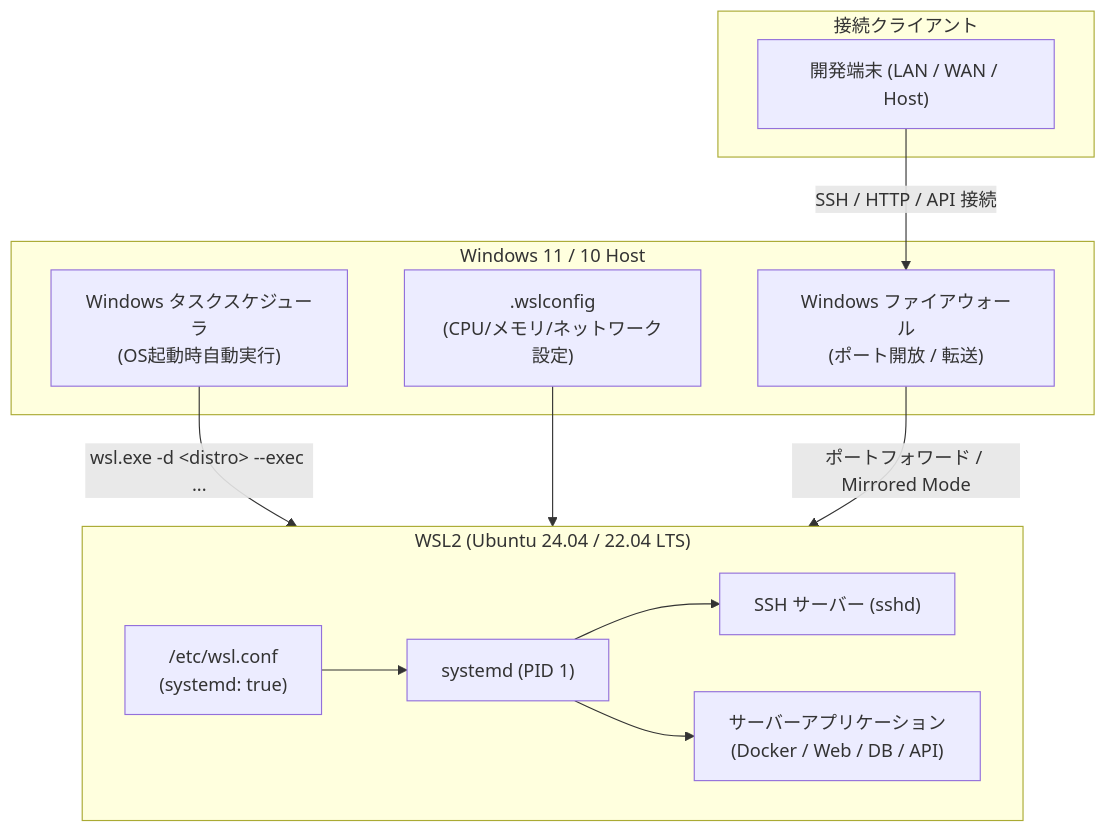
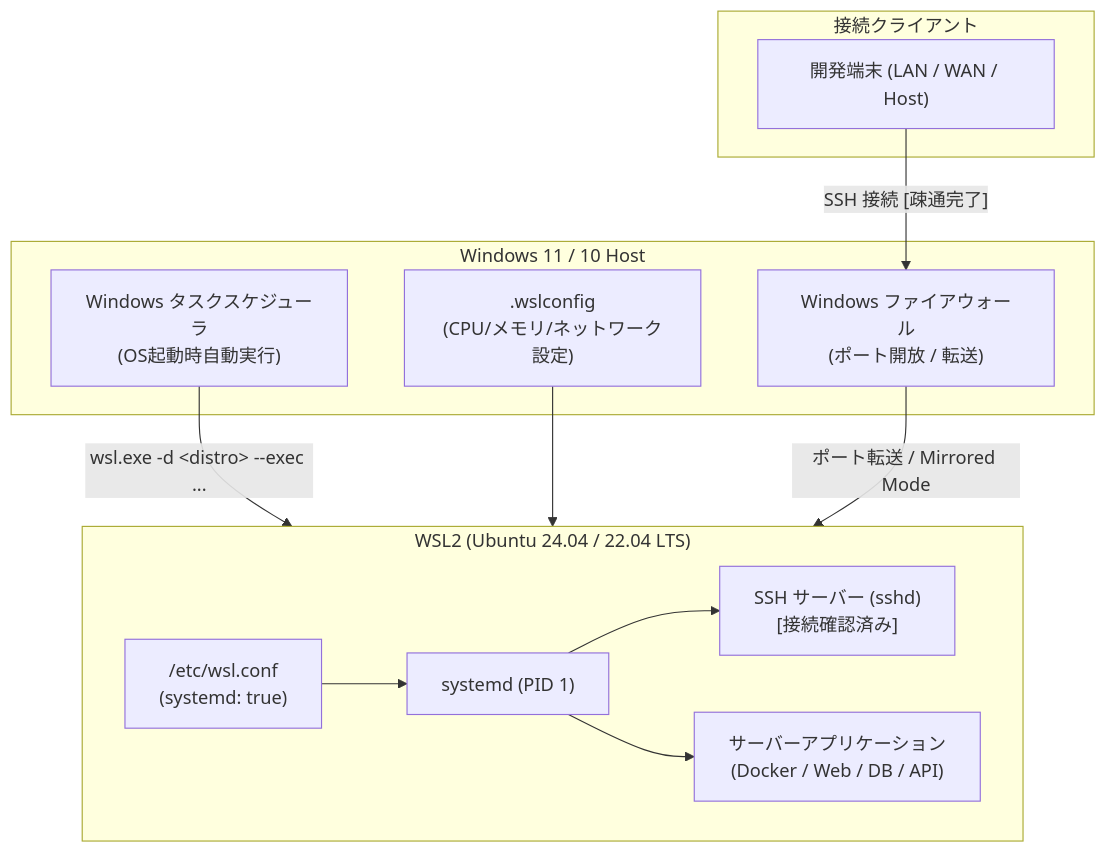
Before and after one commit to AobaIwaki123/ai-workspace: the diagram in wsl-server/discussion.md, drawn with Mermaid. The commit also changed other lines of this file and 2 other files, not shown here.

Commit message:
docs(wsl-server): SSH接続完了ステータスの反映とセットアップ作業ログ枠組みの追加

````diff
--- a/wsl-server/discussion.md
+++ b/wsl-server/discussion.md
@@ -33,27 +33,27 @@
 ```mermaid
 flowchart TD
     subgraph WindowsHost["Windows 11 / 10 Host"]
         TaskSched["Windows タスクスケジューラ<br>(OS起動時自動実行)"]
         WinFW["Windows ファイアウォール<br>(ポート開放 / 転送)"]
         WslConfig[".wslconfig<br>(CPU/メモリ/ネットワーク設定)"]
     end
 
     subgraph WSL2Instance["WSL2 (Ubuntu 24.04 / 22.04 LTS)"]
         WSLConf["/etc/wsl.conf<br>(systemd: true)"]
         Systemd["systemd (PID 1)"]
-        SSHService["SSH サーバー (sshd)"]
+        SSHService["SSH サーバー (sshd)<br>[接続確認済み]"]
         ServerApp["サーバーアプリケーション<br>(Docker / Web / DB / API)"]
     end
 
     subgraph Clients["接続クライアント"]
         DevPC["開発端末 (LAN / WAN / Host)"]
     end
 
     TaskSched -->|"wsl.exe -d &lt;distro&gt; --exec ..."| WSL2Instance
     WslConfig --> WSL2Instance
     WSLConf --> Systemd
     Systemd --> SSHService
     Systemd --> ServerApp
-    DevPC -->|"SSH / HTTP / API 接続"| WinFW
-    WinFW -->|"ポートフォワード / Mirrored Mode"| WSL2Instance
+    DevPC -->|"SSH 接続 [疎通完了]"| WinFW
+    WinFW -->|"ポート転送 / Mirrored Mode"| WSL2Instance
 ```
````
